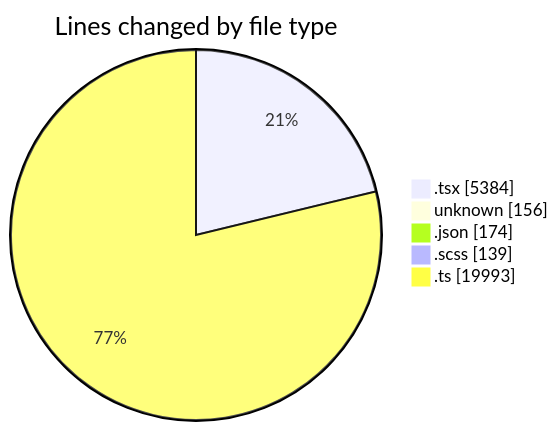
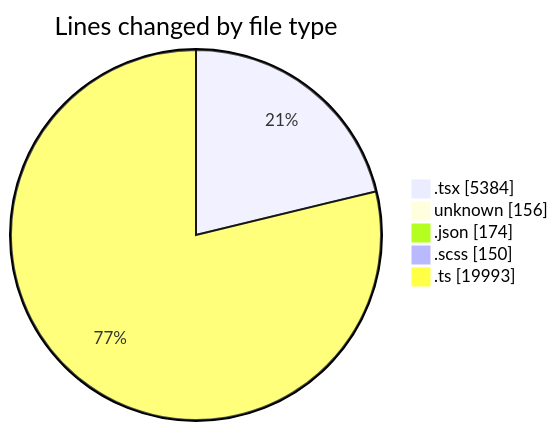
The first of 2 diagrams in 2026-09-28/cda/README.md (momahboobian/code-tracking), drawn with Mermaid before and after one commit. The commit also changed other lines of this file and 1 other file, not shown here.

````diff
--- a/2026-09-28/cda/README.md
+++ b/2026-09-28/cda/README.md
@@ -45,9 +46,9 @@
 ```mermaid
 pie showData
 title Lines changed by file type
 ".tsx" : 5384
 "unknown" : 156
 ".json" : 174
-".scss" : 139
+".scss" : 150
 ".ts" : 19993
 ```
````
